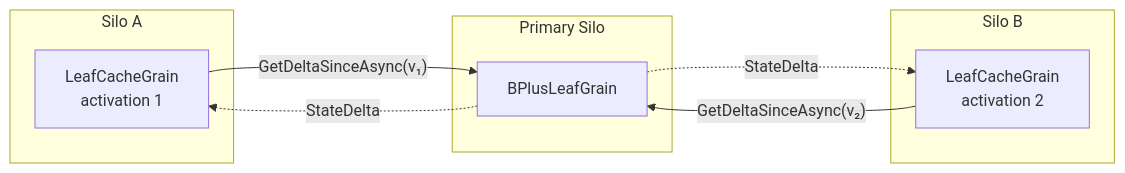
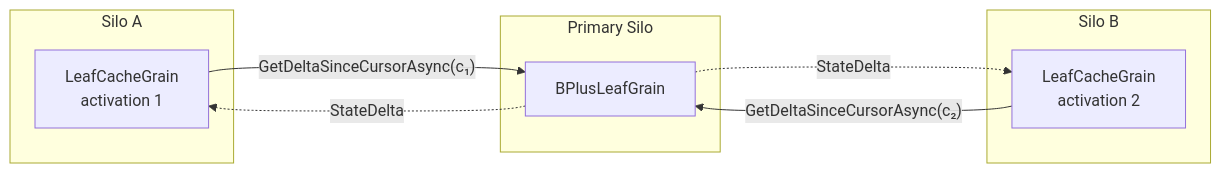
The diagram in docs/lattice/caching.md (NSTA1/Orleans.Lattice), drawn with Mermaid before and after one commit. The commit also changed other lines of this file and 45 other files, not shown here.

````diff
--- a/docs/lattice/caching.md
+++ b/docs/lattice/caching.md
@@ -5,17 +5,17 @@
 ```mermaid
 flowchart LR
     subgraph SiloA["Silo A"]
         CA[LeafCacheGrain<br/>activation 1]
     end
     subgraph SiloB["Silo B"]
         CB[LeafCacheGrain<br/>activation 2]
     end
     subgraph Primary["Primary Silo"]
         L[BPlusLeafGrain]
     end
 
-    CA -->|"GetDeltaSinceAsync(v₁)"| L
-    CB -->|"GetDeltaSinceAsync(v₂)"| L
+    CA -->|"GetDeltaSinceCursorAsync(c₁)"| L
+    CB -->|"GetDeltaSinceCursorAsync(c₂)"| L
     L -.->|"StateDelta"| CA
     L -.->|"StateDelta"| CB
 ```
````
